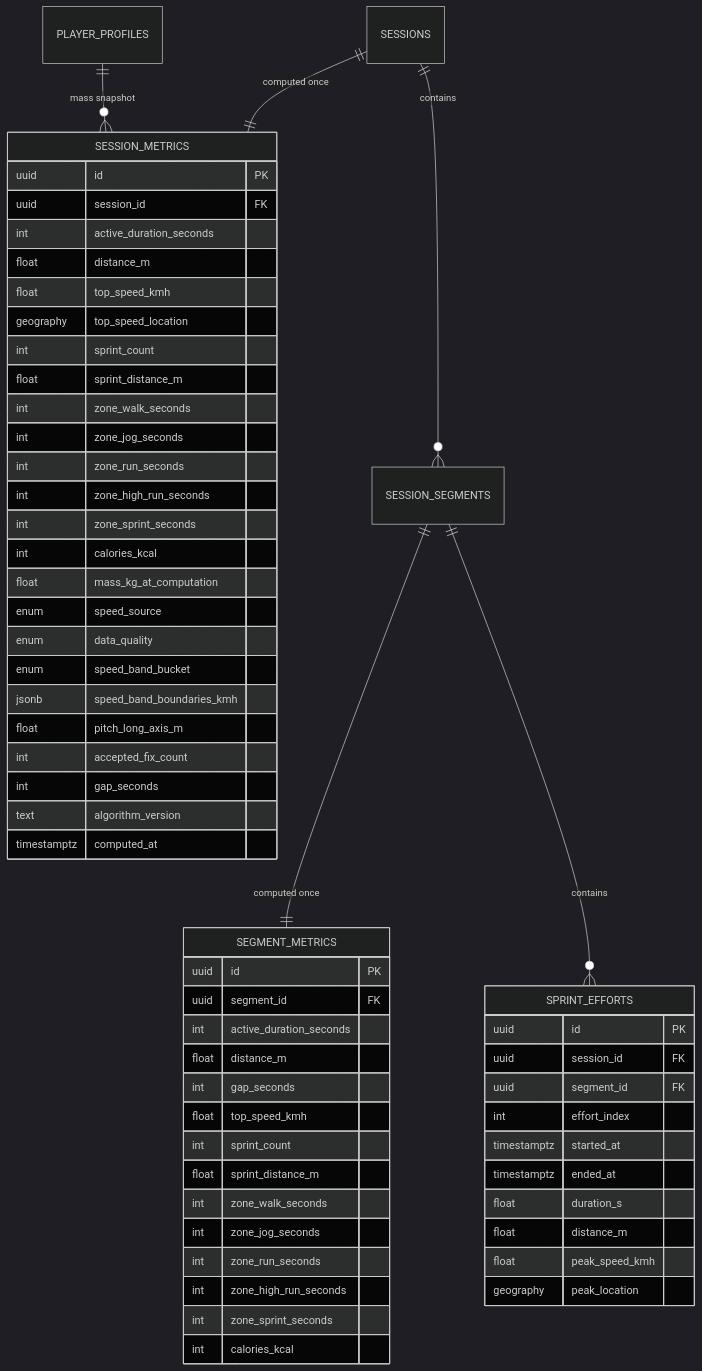
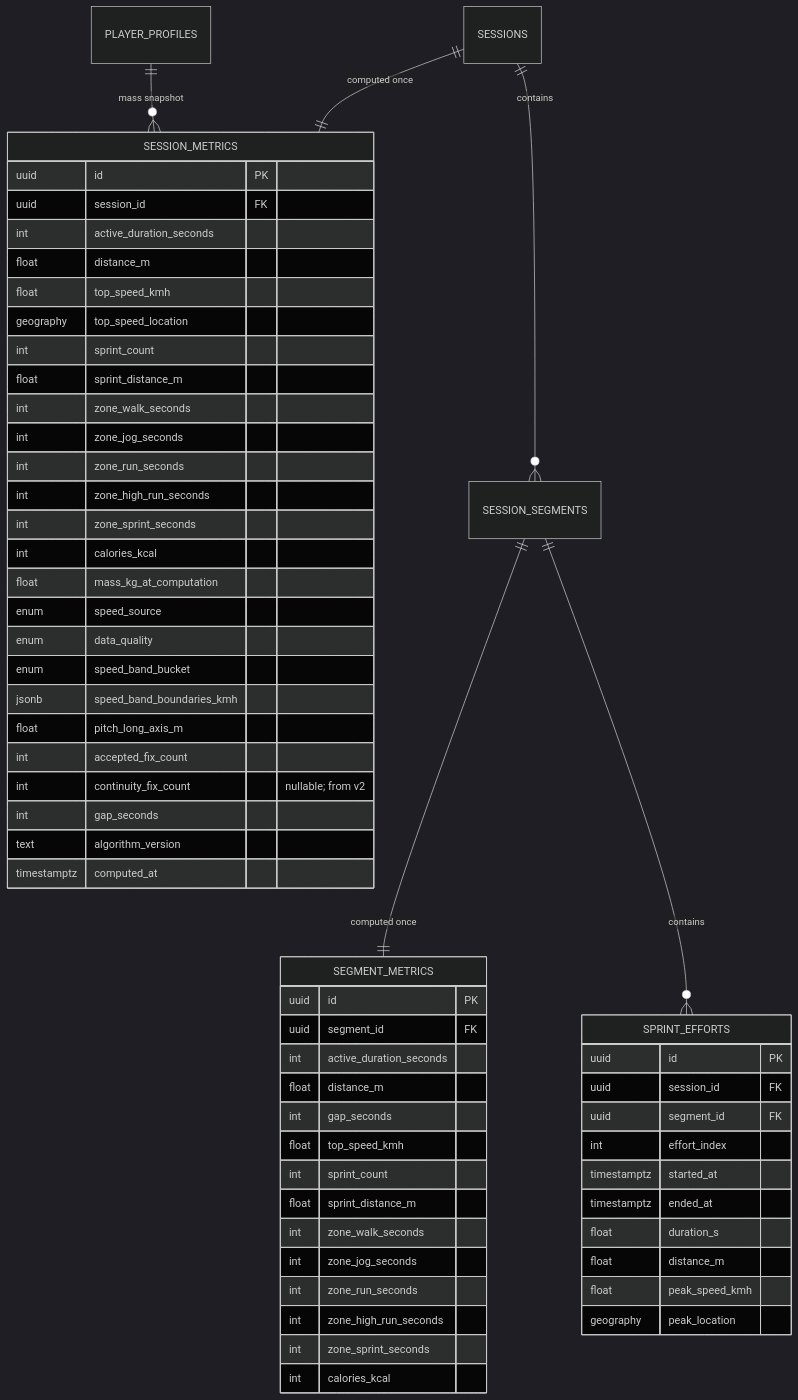
Before and after one commit to Orololuwa/eleven-mobile-app: the fourth of 5 diagrams in docs/sys-des/M-0/0.5_eleven-session-summary-system-design-spec.md, drawn with Mermaid (dark theme). The commit also changed other lines of this file and 27 other files, not shown here.

````diff
--- a/docs/sys-des/M-0/0.5_eleven-session-summary-system-design-spec.md
+++ b/docs/sys-des/M-0/0.5_eleven-session-summary-system-design-spec.md
@@ -453,65 +468,66 @@
 ```mermaid
 erDiagram
     SESSIONS ||--|| SESSION_METRICS : "computed once"
     SESSIONS ||--o{ SESSION_SEGMENTS : contains
     SESSION_SEGMENTS ||--|| SEGMENT_METRICS : "computed once"
     SESSION_SEGMENTS ||--o{ SPRINT_EFFORTS : "contains"
     PLAYER_PROFILES ||--o{ SESSION_METRICS : "mass snapshot"
 
     SESSION_METRICS {
         uuid id PK
         uuid session_id FK
         int active_duration_seconds
         float distance_m
         float top_speed_kmh
         geography top_speed_location
         int sprint_count
         float sprint_distance_m
         int zone_walk_seconds
         int zone_jog_seconds
         int zone_run_seconds
         int zone_high_run_seconds
         int zone_sprint_seconds
         int calories_kcal
         float mass_kg_at_computation
         enum speed_source
         enum data_quality
         enum speed_band_bucket
         jsonb speed_band_boundaries_kmh
         float pitch_long_axis_m
         int accepted_fix_count
+        int continuity_fix_count "nullable; from v2"
         int gap_seconds
         text algorithm_version
         timestamptz computed_at
     }
 
     SEGMENT_METRICS {
         uuid id PK
         uuid segment_id FK
         int active_duration_seconds
         float distance_m
         int gap_seconds
         float top_speed_kmh
         int sprint_count
         float sprint_distance_m
         int zone_walk_seconds
         int zone_jog_seconds
         int zone_run_seconds
         int zone_high_run_seconds
         int zone_sprint_seconds
         int calories_kcal
     }
 
     SPRINT_EFFORTS {
         uuid id PK
         uuid session_id FK
         uuid segment_id FK
         int effort_index
         timestamptz started_at
         timestamptz ended_at
         float duration_s
         float distance_m
         float peak_speed_kmh
         geography peak_location
     }
 ```
````
